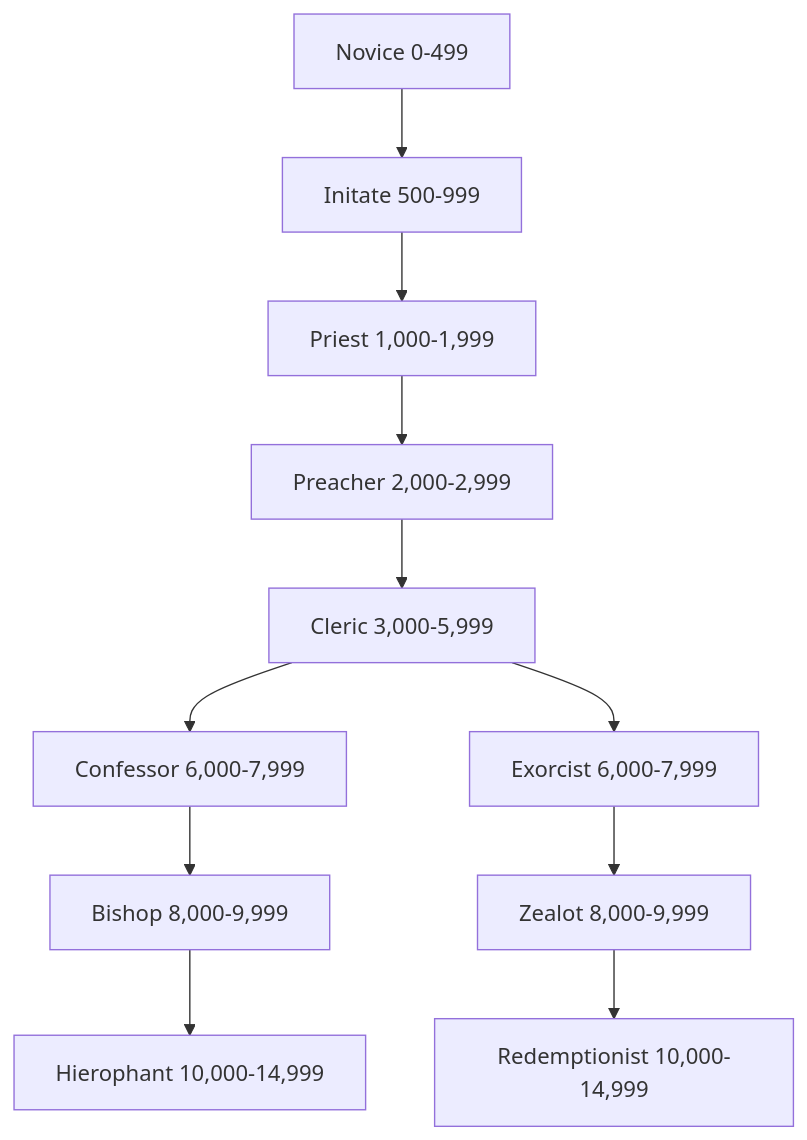
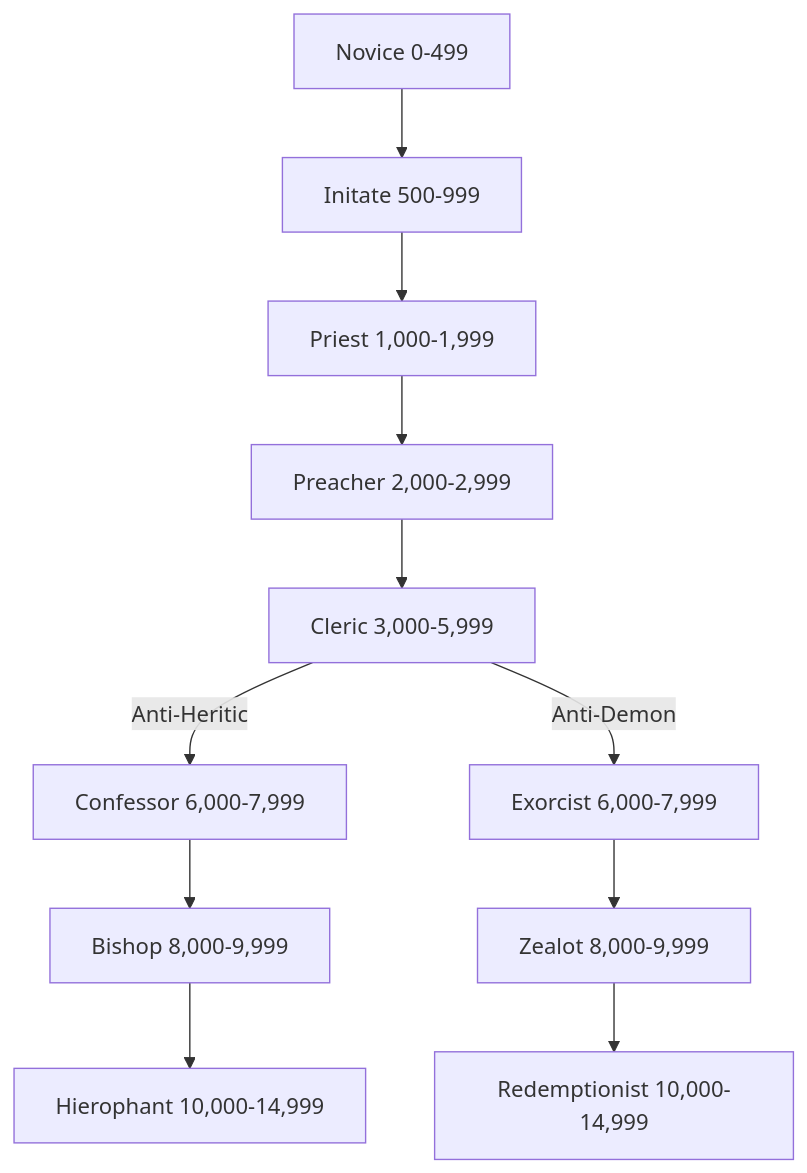
One commit to zyzyx159/Rule-books changed the diagram in Cleric.md. Above: the diagram before and after it, drawn with Mermaid. The commit also changed other lines of this file, not shown here.

````diff
--- a/Cleric.md
+++ b/Cleric.md
@@ -30,13 +30,13 @@
 ```mermaid
 graph TD
 A[Novice 0-499] --> B[Initate 500-999]
 B --> C[Priest 1,000-1,999]
 C --> D[Preacher 2,000-2,999]
 D --> E[Cleric 3,000-5,999]
-E --> F[Confessor 6,000-7,999]
+E -- Anti-Heritic --> F[Confessor 6,000-7,999]
 F --> G[Bishop 8,000-9,999]
 G --> H[Hierophant 10,000-14,999]
-E --> I[Exorcist 6,000-7,999]
+E -- Anti-Demon --> I[Exorcist 6,000-7,999]
 I --> J[Zealot 8,000-9,999]
 J --> K[Redemptionist 10,000-14,999]
 ```
````
